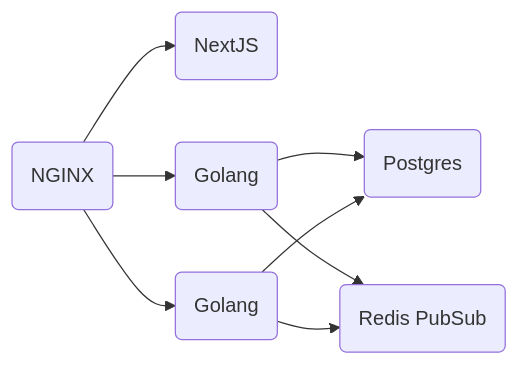
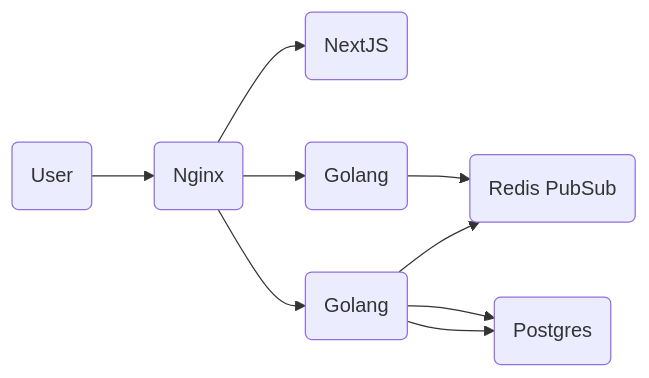
The diagram in README.md (Dmitry-Ship/go-chat), drawn with Mermaid before and after one commit.

````diff
--- a/README.md
+++ b/README.md
@@ -19,10 +19,11 @@
 ```mermaid
 graph LR
-    A(NGINX) --> B(NextJS)
-    A --> C(Golang)
-    A --> D(Golang)
-    C --> E(Postgres)
-    D --> E
-    C --> F(Redis PubSub)
-    D --> F
+    A(User) --> B(Nginx)
+    B --> C(NextJS)
+    B --> D(Golang)
+    B --> E(Golang)
+    E --> F(Postgres)
+    E --> F
+    D --> G(Redis PubSub)
+    E --> G
 ```
````
